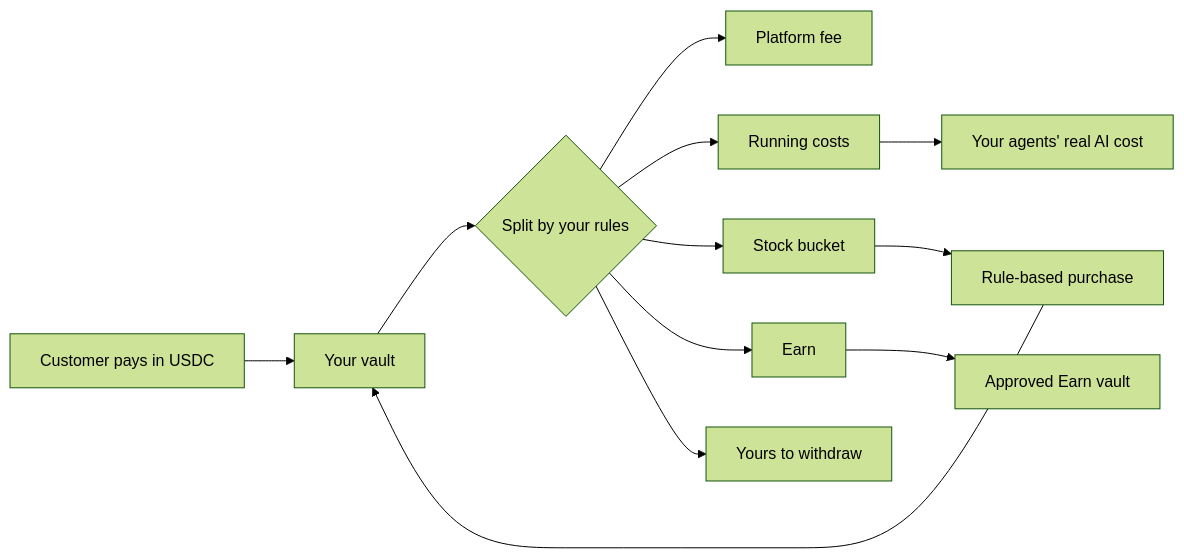
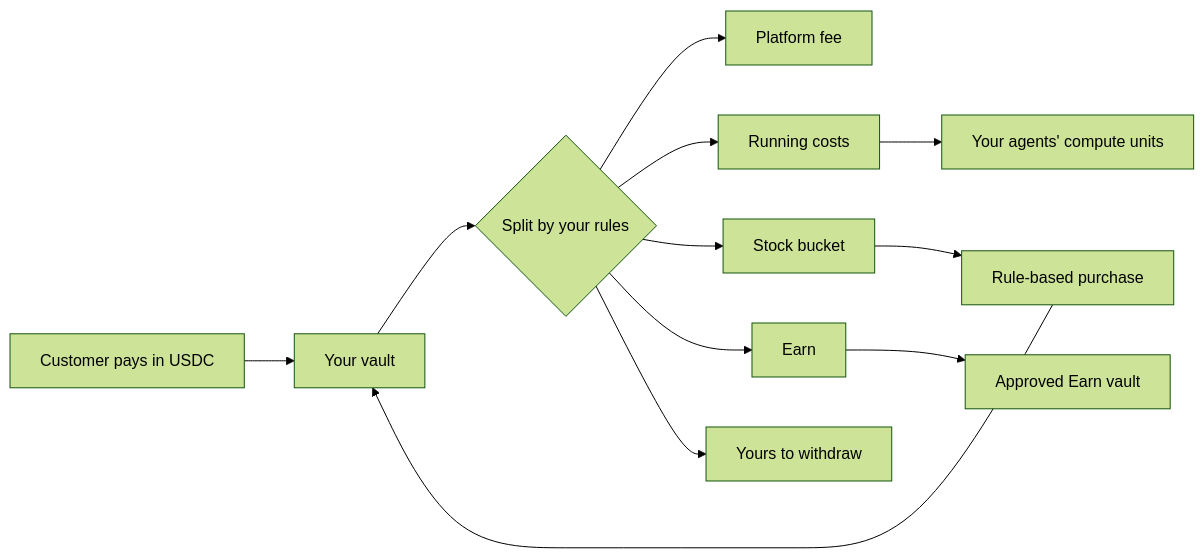
One commit to TheOwnflow/docs changed the diagram in how-it-works.mdx. Above: the diagram before and after it, drawn with Mermaid (forest theme). The commit also changed other lines of this file and 19 other files, not shown here.

First line of the commit message:
docs: compute units, the new default split and prices, and the app's latest screens

````diff
--- a/how-it-works.mdx
+++ b/how-it-works.mdx
@@ -15,14 +15,14 @@
 ```mermaid
 flowchart LR
   A[Customer pays in USDC] --> B[Your vault]
   B --> C{Split by your rules}
   C --> D[Platform fee]
   C --> E[Running costs]
   C --> F[Stock bucket]
   C --> G[Earn]
   C --> H[Yours to withdraw]
   F --> I[Rule-based purchase]
   I --> B
   G --> J[Approved Earn vault]
-  E --> K[Your agents' real AI cost]
+  E --> K[Your agents' compute units]
 ```
````
